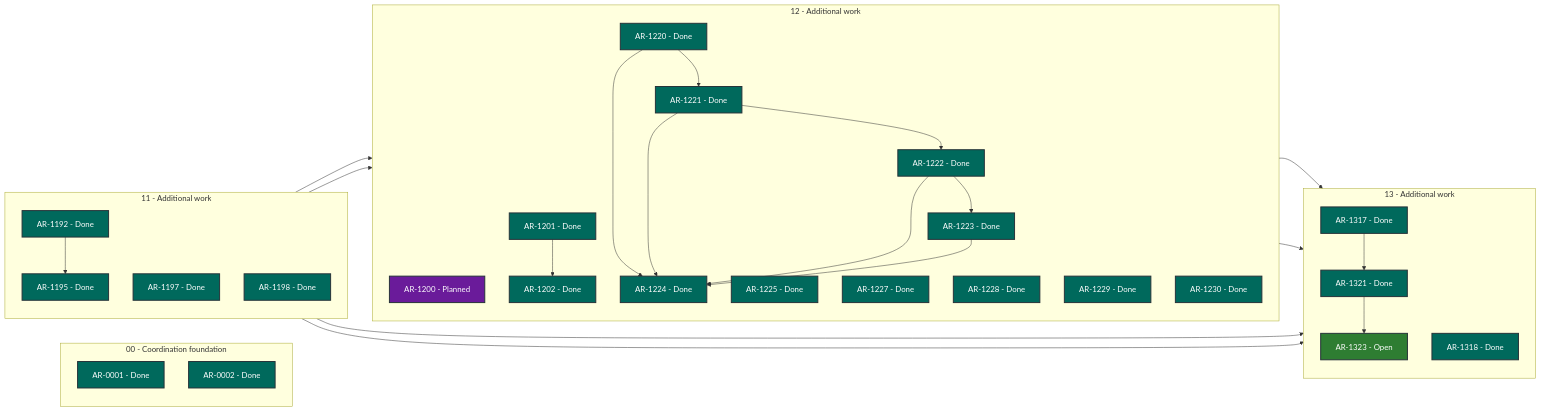
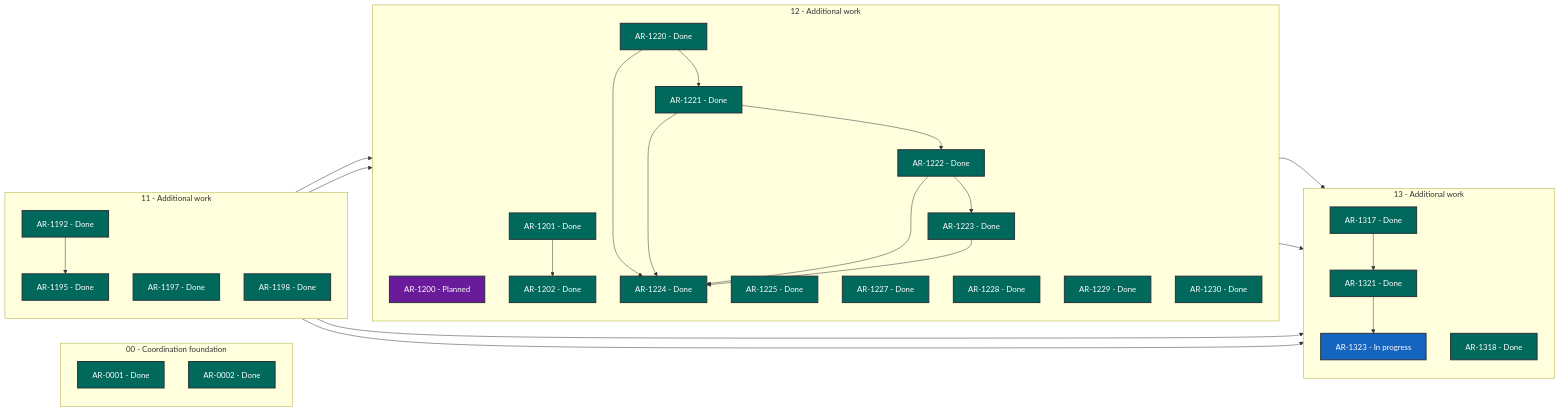
The diagram in STATUS.md (martin-beck/asb-tui-state), drawn with Mermaid before and after one commit. The commit also changed other lines of this file and 2 other files, not shown here.

````diff
--- a/STATUS.md
+++ b/STATUS.md
@@ -27,63 +27,63 @@
 ```mermaid
 flowchart LR
     subgraph series_00["00 - Coordination foundation"]
         direction TB
         AR_0001["AR-0001 - Done"]:::status_done
         AR_0002["AR-0002 - Done"]:::status_done
     end
     subgraph series_11["11 - Additional work"]
         direction TB
         AR_1192["AR-1192 - Done"]:::status_done
         AR_1195["AR-1195 - Done"]:::status_done
         AR_1197["AR-1197 - Done"]:::status_done
         AR_1198["AR-1198 - Done"]:::status_done
     end
     subgraph series_12["12 - Additional work"]
         direction TB
         AR_1200["AR-1200 - Planned"]:::status_planned
         AR_1201["AR-1201 - Done"]:::status_done
         AR_1202["AR-1202 - Done"]:::status_done
         AR_1220["AR-1220 - Done"]:::status_done
         AR_1221["AR-1221 - Done"]:::status_done
         AR_1222["AR-1222 - Done"]:::status_done
         AR_1223["AR-1223 - Done"]:::status_done
         AR_1224["AR-1224 - Done"]:::status_done
         AR_1225["AR-1225 - Done"]:::status_done
         AR_1227["AR-1227 - Done"]:::status_done
         AR_1228["AR-1228 - Done"]:::status_done
         AR_1229["AR-1229 - Done"]:::status_done
         AR_1230["AR-1230 - Done"]:::status_done
     end
     subgraph series_13["13 - Additional work"]
         direction TB
         AR_1317["AR-1317 - Done"]:::status_done
         AR_1318["AR-1318 - Done"]:::status_done
         AR_1321["AR-1321 - Done"]:::status_done
-        AR_1323["AR-1323 - Open"]:::status_open
+        AR_1323["AR-1323 - In progress"]:::status_in_progress
     end
     AR_1192 --> AR_1195
     AR_1192 --> AR_1317
     AR_1195 --> AR_1200
     AR_1197 --> AR_1201
     AR_1197 --> AR_1317
     AR_1201 --> AR_1202
     AR_1220 --> AR_1221
     AR_1220 --> AR_1224
     AR_1221 --> AR_1222
     AR_1221 --> AR_1224
     AR_1222 --> AR_1223
     AR_1222 --> AR_1224
     AR_1223 --> AR_1224
     AR_1228 --> AR_1317
     AR_1229 --> AR_1317
     AR_1317 --> AR_1321
     AR_1321 --> AR_1323
     classDef status_in_progress fill:#1565c0,color:#ffffff,stroke:#263238,stroke-width:2px
     classDef status_open fill:#2e7d32,color:#ffffff,stroke:#263238,stroke-width:2px
     classDef status_blocked fill:#c62828,color:#ffffff,stroke:#263238,stroke-width:2px
     classDef status_planned fill:#6a1b9a,color:#ffffff,stroke:#263238,stroke-width:2px
     classDef status_future fill:#455a64,color:#ffffff,stroke:#263238,stroke-width:2px
     classDef status_done fill:#00695c,color:#ffffff,stroke:#263238,stroke-width:2px
     classDef status_cancelled fill:#616161,color:#ffffff,stroke:#263238,stroke-width:2px
     classDef status_superseded fill:#5d4037,color:#ffffff,stroke:#263238,stroke-width:2px
 ```
````
